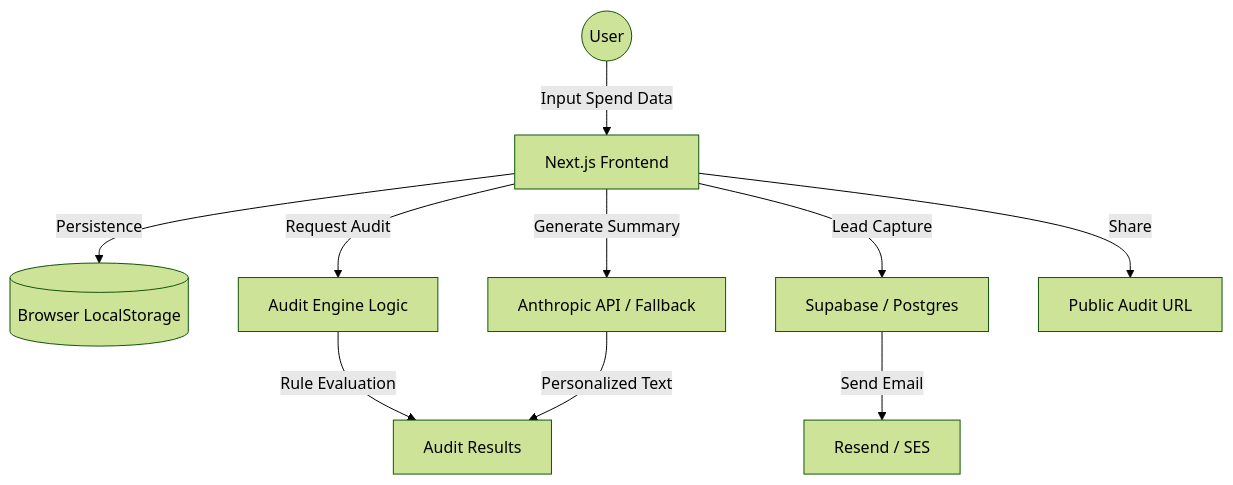
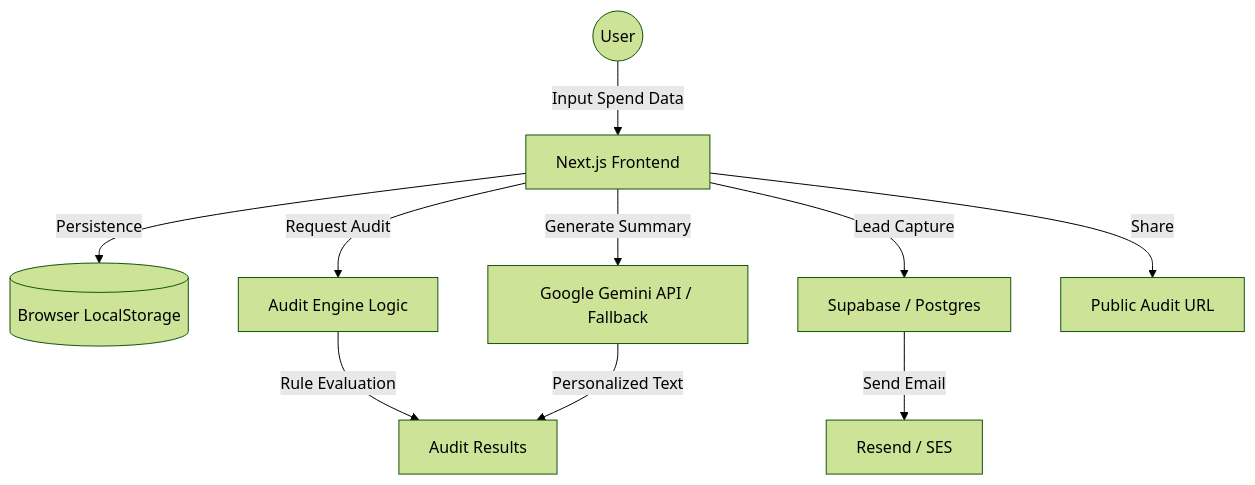
Before and after one commit to Arthurs-hub/Internships-Assignments: the diagram in Credex_assignment/ARCHITECTURE.md, drawn with Mermaid (forest theme). The commit also changed other lines of this file and 3 other files, not shown here.

````diff
--- a/Credex_assignment/ARCHITECTURE.md
+++ b/Credex_assignment/ARCHITECTURE.md
@@ -4,12 +4,12 @@
 ```mermaid
 graph TD
     User((User)) -->|Input Spend Data| Frontend[Next.js Frontend]
     Frontend -->|Persistence| LocalStorage[(Browser LocalStorage)]
     Frontend -->|Request Audit| AuditEngine[Audit Engine Logic]
     AuditEngine -->|Rule Evaluation| Results[Audit Results]
-    Frontend -->|Generate Summary| LLM[Anthropic API / Fallback]
+    Frontend -->|Generate Summary| LLM[Google Gemini API / Fallback]
     LLM -->|Personalized Text| Results
     Frontend -->|Lead Capture| Backend[Supabase / Postgres]
     Backend -->|Send Email| EmailService[Resend / SES]
     Frontend -->|Share| ShareURL[Public Audit URL]
 ```
````
